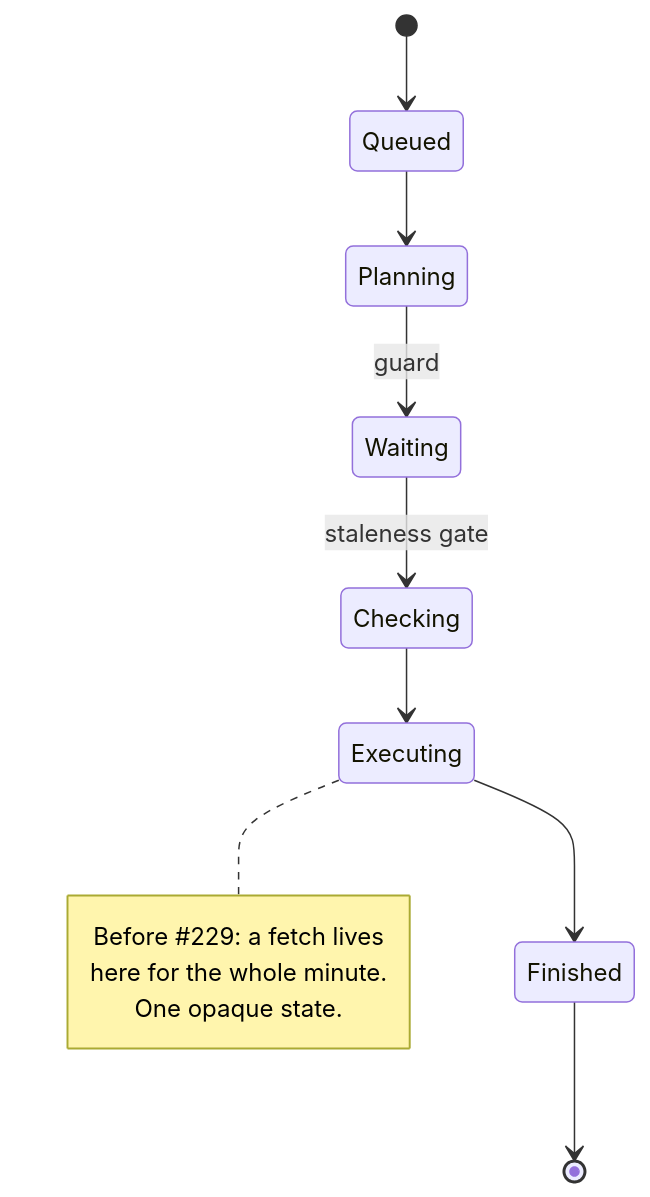
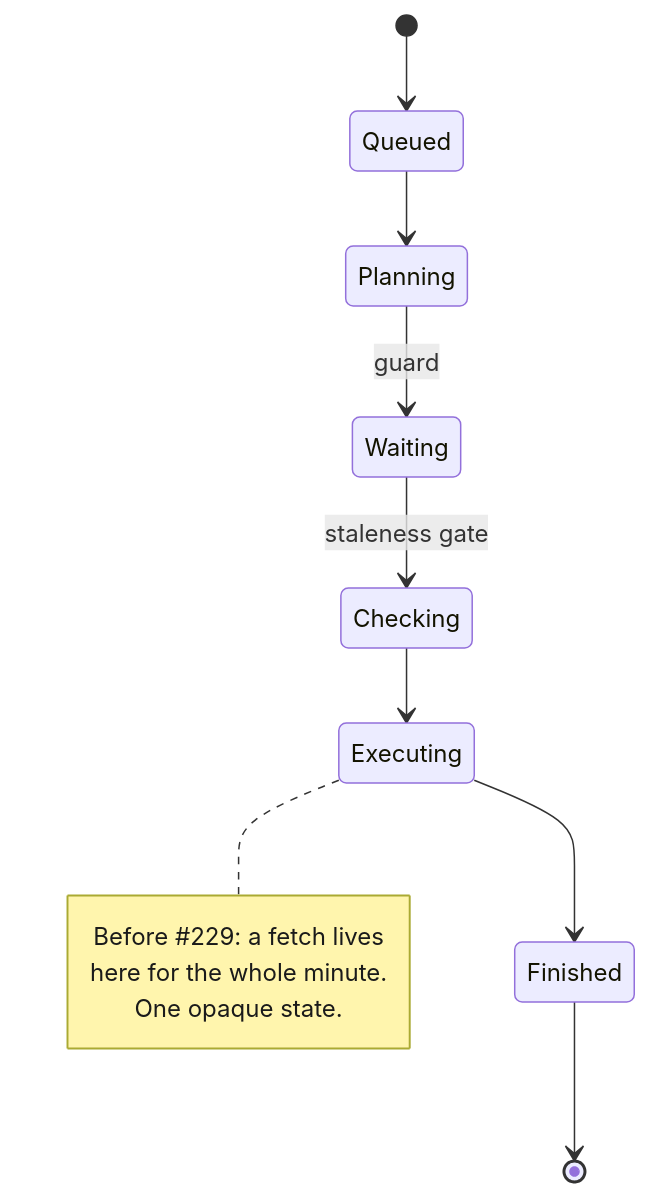
The first of 8 diagrams in docs/adr/0043-fetch-execution.md (tom2025b/git-vista), drawn with Mermaid before and after one commit. The commit also changed 5 other files, not shown here.

First line of the commit message:
fix(docs): pin stateDiagram note colours for dark-mode legibility

````diff
--- a/docs/adr/0043-fetch-execution.md
+++ b/docs/adr/0043-fetch-execution.md
@@ -44,16 +44,17 @@
 ```mermaid
+%%{init: {'themeVariables': {'noteBkgColor':'#fff5ad','noteTextColor':'#1a1a1a','noteBorderColor':'#aaaa33'}}}%%
 stateDiagram-v2
     [*] --> Queued
     Queued --> Planning
     Planning --> Waiting: guard
     Waiting --> Checking: staleness gate
     Checking --> Executing
     Executing --> Finished
     Finished --> [*]
 
     note right of Executing
         Before #229: a fetch lives
         here for the whole minute.
         One opaque state.
     end note
 ```
````
